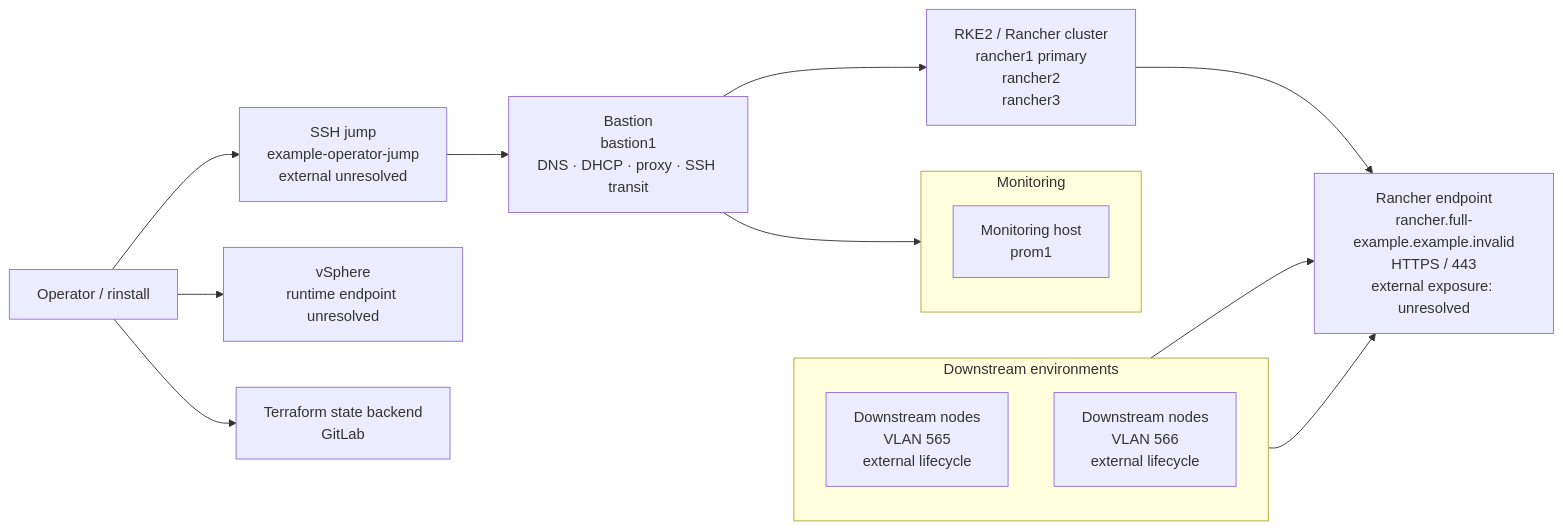
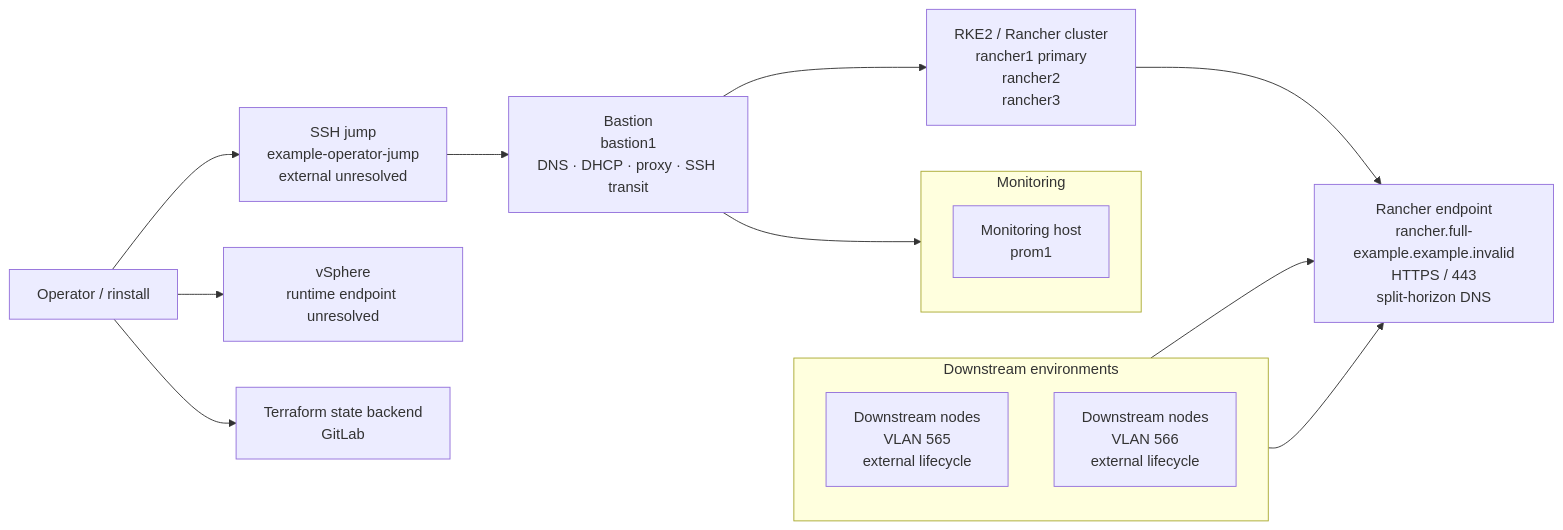
The first of 2 diagrams in examples/full/topology.md (davidhrbac/rinstall), drawn with Mermaid before and after one commit. The commit also changed other lines of this file and 5 other files, not shown here.

````diff
--- a/examples/full/topology.md
+++ b/examples/full/topology.md
@@ -7,28 +8,28 @@
 ```mermaid
 flowchart LR
   actor_operator_workstation_974971eaa5["Operator / rinstall"]
   endpoint_endpoint_ssh_jump_f7b7c2ca2d["SSH jump<br/>example-operator-jump<br/>external unresolved"]
   host_bastion1_fd65cf69ce["Bastion<br/>bastion1<br/>DNS · DHCP · proxy · SSH transit"]
   subgraph monitoring["Monitoring"]
     direction TB
     host_prom1_abf2e7bd7a["Monitoring host<br/>prom1"]
   end
   cluster_cluster_rke2_rancher_de77c71a50["RKE2 / Rancher cluster<br/>rancher1 primary<br/>rancher2<br/>rancher3"]
-  endpoint_endpoint_rancher_0637b61772["Rancher endpoint<br/>rancher.full-example.example.invalid<br/>HTTPS / 443<br/>external exposure: unresolved"]
+  endpoint_endpoint_rancher_0637b61772["Rancher endpoint<br/>rancher.full-example.example.invalid<br/>HTTPS / 443<br/>split-horizon DNS"]
   subgraph downstream["Downstream environments"]
     direction TB
     consumer_consumer_downstream_vlan565_dfc74929d4["Downstream nodes<br/>VLAN 565<br/>external lifecycle"]
     consumer_consumer_downstream_vlan566_30b7d29b35["Downstream nodes<br/>VLAN 566<br/>external lifecycle"]
   end
   endpoint_endpoint_vcenter_bba77268c7["vSphere<br/>runtime endpoint unresolved"]
   endpoint_endpoint_terraform_backend_a27fbcb411["Terraform state backend<br/>GitLab"]
   actor_operator_workstation_974971eaa5 --> endpoint_endpoint_ssh_jump_f7b7c2ca2d
   endpoint_endpoint_ssh_jump_f7b7c2ca2d --> host_bastion1_fd65cf69ce
   host_bastion1_fd65cf69ce --> host_prom1_abf2e7bd7a
   host_bastion1_fd65cf69ce --> cluster_cluster_rke2_rancher_de77c71a50
   cluster_cluster_rke2_rancher_de77c71a50 --> endpoint_endpoint_rancher_0637b61772
   consumer_consumer_downstream_vlan565_dfc74929d4 --> endpoint_endpoint_rancher_0637b61772
   consumer_consumer_downstream_vlan566_30b7d29b35 --> endpoint_endpoint_rancher_0637b61772
   actor_operator_workstation_974971eaa5 --> endpoint_endpoint_vcenter_bba77268c7
   actor_operator_workstation_974971eaa5 --> endpoint_endpoint_terraform_backend_a27fbcb411
 ```
````
